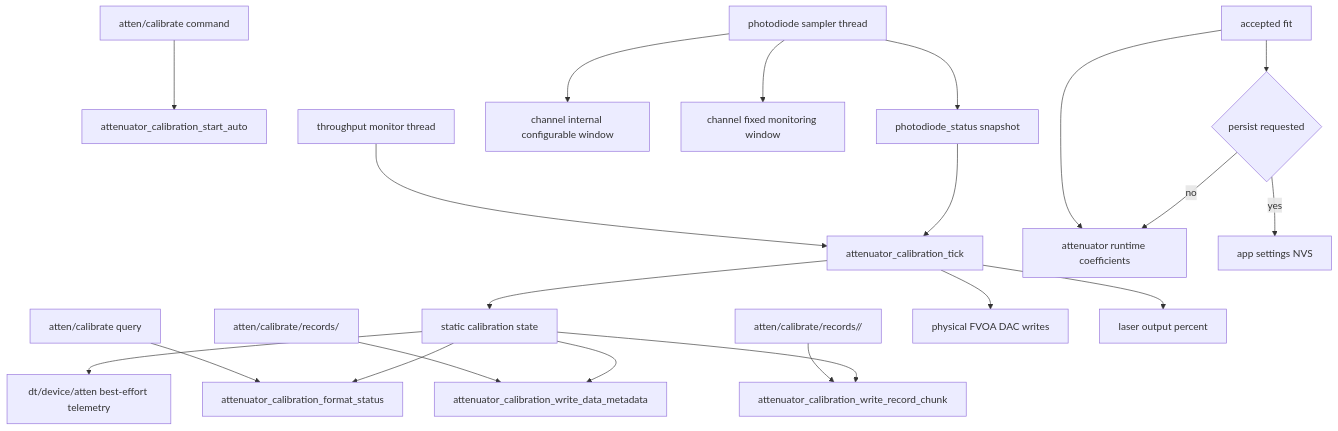
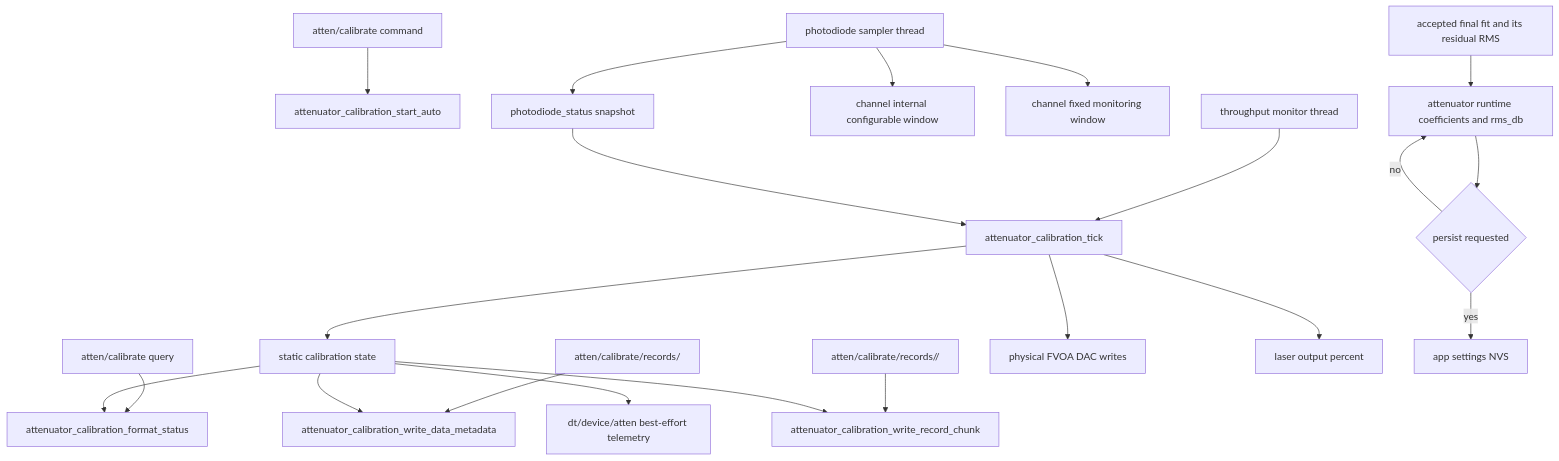
Before and after one commit to COO-Utilities/hispec-tib: the first of 7 diagrams in doc/attenuator_calibration.md, drawn with Mermaid. The commit also changed other lines of this file and 15 other files, not shown here.

Commit message:
Retain attenuator fit RMS with calibration and propagate transmission uncertainty

````diff
--- a/doc/attenuator_calibration.md
+++ b/doc/attenuator_calibration.md
@@ -16,26 +16,26 @@
 ```mermaid
 flowchart TD
   Cmd[atten/calibrate command] --> Start[attenuator_calibration_start_auto]
   StatusReq[atten/calibrate query] --> Status[attenuator_calibration_format_status]
   RecordsMetaReq[atten/calibrate/records/<physical>] --> Meta[attenuator_calibration_write_data_metadata]
   RecordsChunkReq[atten/calibrate/records/<physical>/<chunk>] --> Chunk[attenuator_calibration_write_record_chunk]
 
   PDThread[photodiode sampler thread] --> PDStatus[photodiode_status snapshot]
   PDThread --> ConfigWindow[channel internal configurable window]
   PDThread --> FixedWindow[channel fixed monitoring window]
 
   TP[throughput monitor thread] --> Tick[attenuator_calibration_tick]
   PDStatus --> Tick
   Tick --> CalState[static calibration state]
   Tick --> Atten[physical FVOA DAC writes]
   Tick --> Laser[laser output percent]
 
   CalState --> Telemetry[dt/device/atten best-effort telemetry]
   CalState --> Status
   CalState --> Meta
   CalState --> Chunk
-  Fit[accepted fit] --> Runtime[attenuator runtime coefficients]
-  Fit --> Persist{persist requested}
+  Fit[accepted final fit and its residual RMS] --> Runtime[attenuator runtime coefficients and rms_db]
+  Runtime --> Persist{persist requested}
   Persist -- yes --> NVS[app settings NVS]
   Persist -- no --> Runtime
 ```
````
